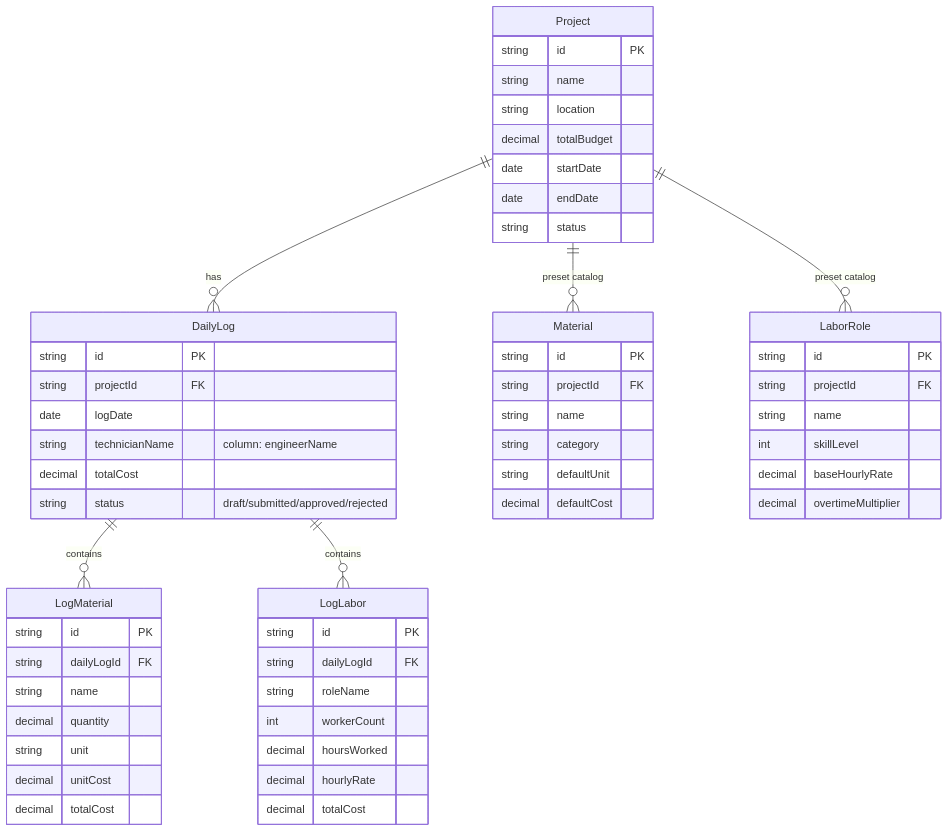
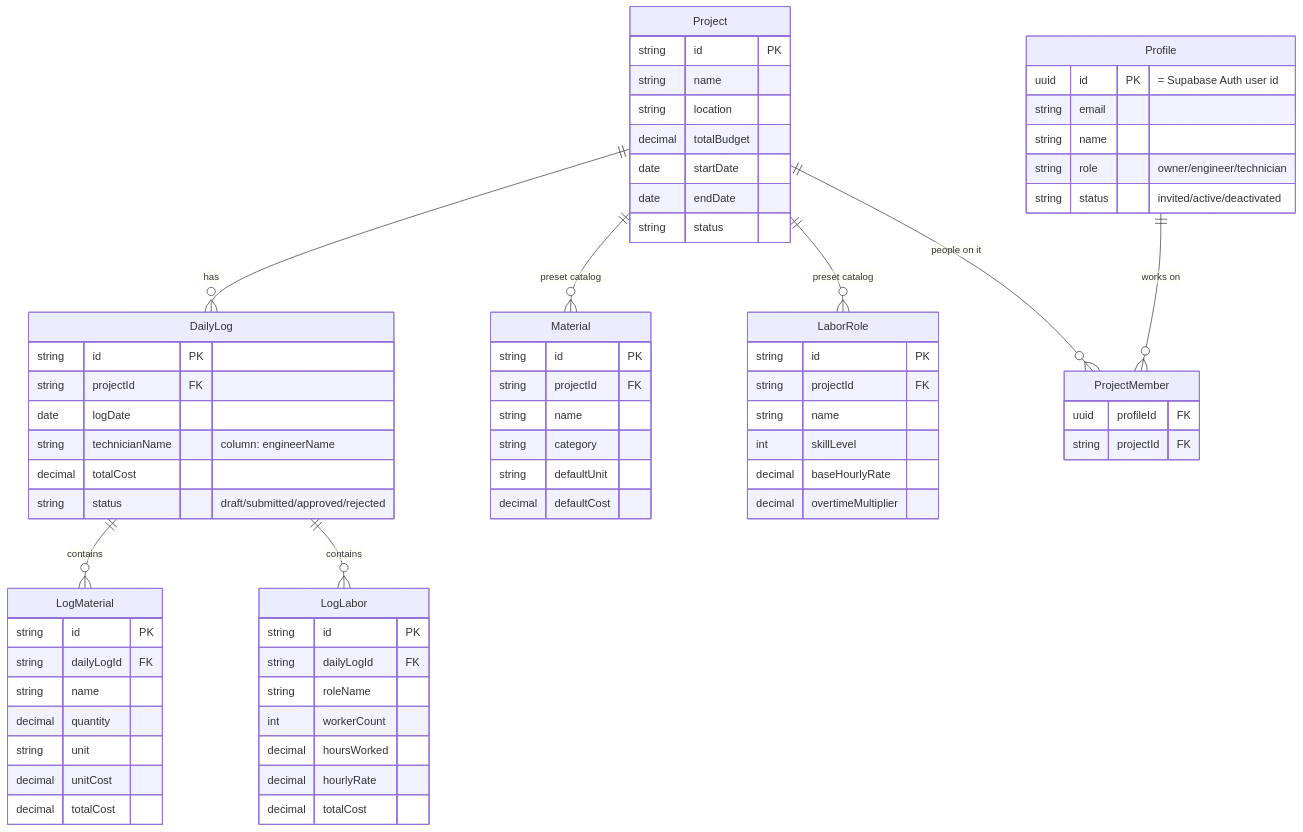
The fourth of 4 diagrams in docs/ARCHITECTURE.md (erharizi1/sitetrack-adstar), drawn with Mermaid before and after one commit. The commit also changed other lines of this file and 27 other files, not shown here.

````diff
--- a/docs/ARCHITECTURE.md
+++ b/docs/ARCHITECTURE.md
@@ -111,60 +112,73 @@
 ```mermaid
 erDiagram
     Project    ||--o{ DailyLog    : has
     Project    ||--o{ Material    : "preset catalog"
     Project    ||--o{ LaborRole   : "preset catalog"
     DailyLog   ||--o{ LogMaterial : contains
     DailyLog   ||--o{ LogLabor    : contains
+    Project    ||--o{ ProjectMember : "people on it"
+    Profile    ||--o{ ProjectMember : "works on"
  
     Project {
         string  id PK
         string  name
         string  location
         decimal totalBudget
         date    startDate
         date    endDate
         string  status
     }
     DailyLog {
         string  id PK
         string  projectId FK
         date    logDate
         string  technicianName "column: engineerName"
         decimal totalCost
         string  status "draft/submitted/approved/rejected"
     }
     LogMaterial {
         string  id PK
         string  dailyLogId FK
         string  name
         decimal quantity
         string  unit
         decimal unitCost
         decimal totalCost
     }
     LogLabor {
         string  id PK
         string  dailyLogId FK
         string  roleName
         int     workerCount
         decimal hoursWorked
         decimal hourlyRate
         decimal totalCost
     }
     Material {
         string  id PK
         string  projectId FK
         string  name
         string  category
         string  defaultUnit
         decimal defaultCost
     }
     LaborRole {
         string  id PK
         string  projectId FK
         string  name
         int     skillLevel
         decimal baseHourlyRate
         decimal overtimeMultiplier
     }
+    Profile {
+        uuid    id PK "= Supabase Auth user id"
+        string  email
+        string  name
+        string  role "owner/engineer/technician"
+        string  status "invited/active/deactivated"
+    }
+    ProjectMember {
+        uuid    profileId FK
+        string  projectId FK
+    }
 ```
````
